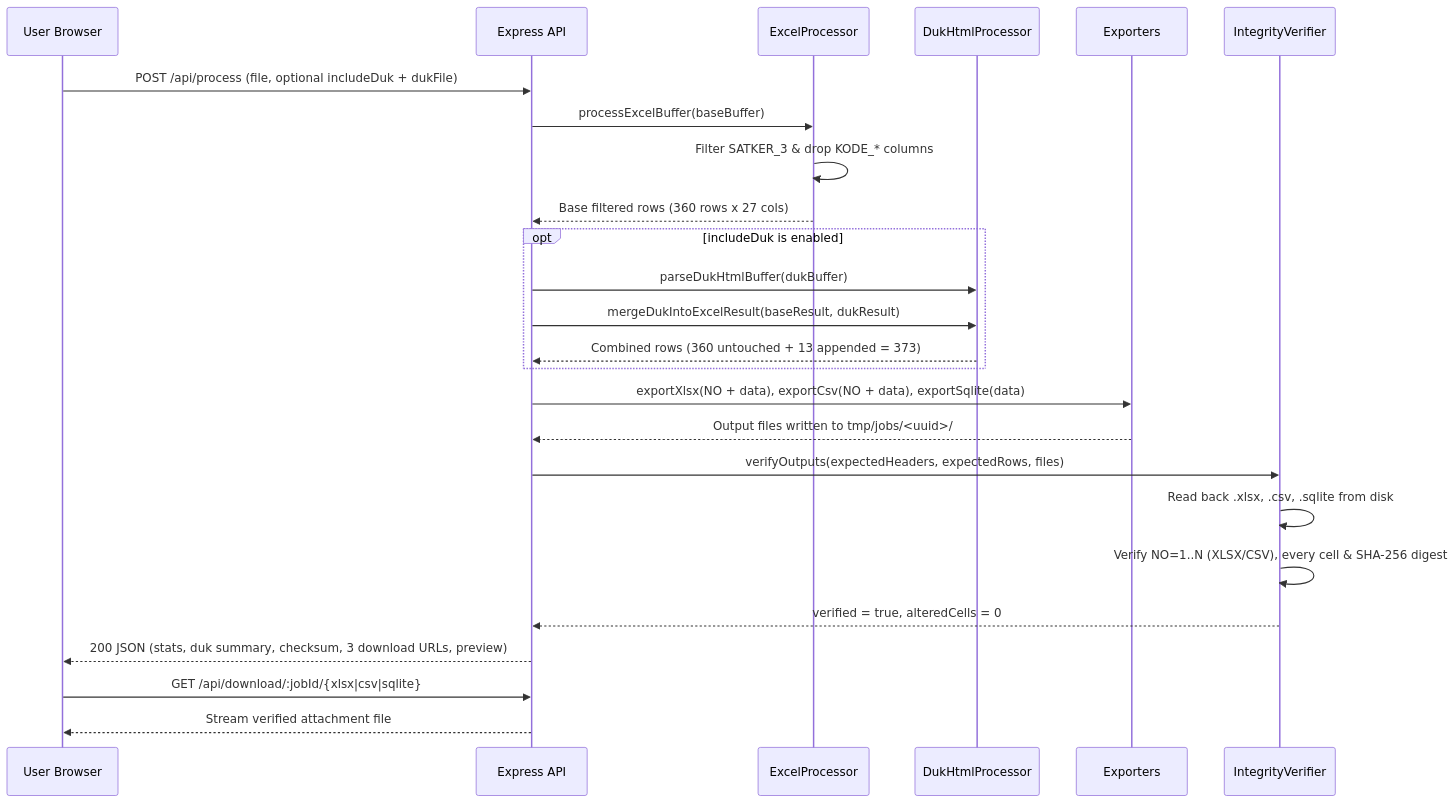
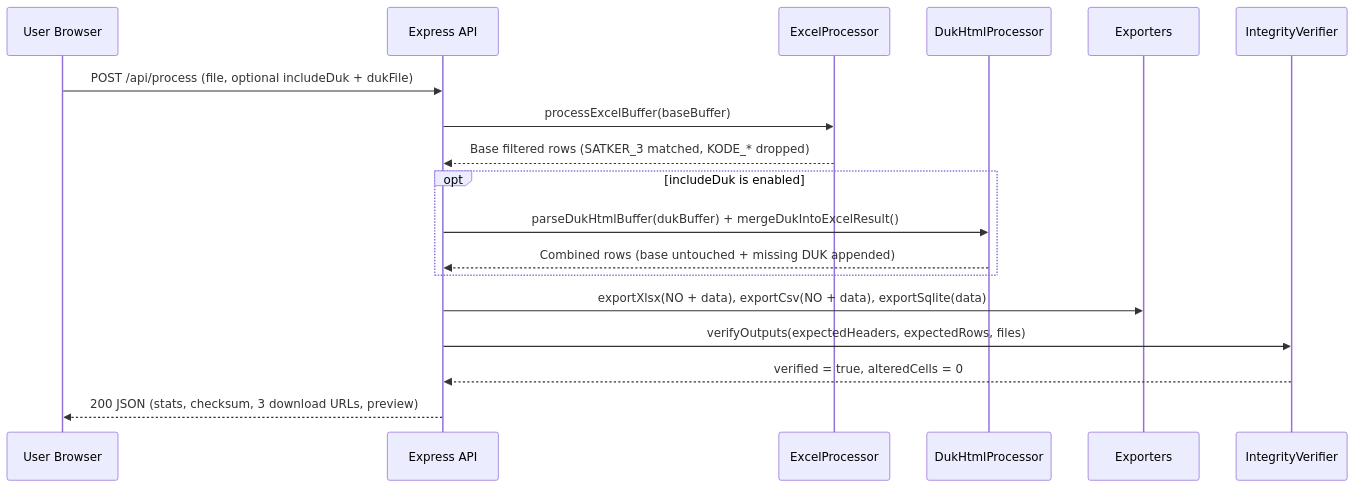
Before and after one commit to emenace/kmngfilterdata-metro: the third of 3 diagrams in docs/ARCHITECTURE.md, drawn with Mermaid. The commit also changed other lines of this file and 21 other files, not shown here.

````diff
--- a/docs/ARCHITECTURE.md
+++ b/docs/ARCHITECTURE.md
@@ -50,28 +81,21 @@
 ```mermaid
 sequenceDiagram
     participant U as User Browser
     participant A as Express API
     participant P as ExcelProcessor
     participant D as DukHtmlProcessor
     participant E as Exporters
     participant V as IntegrityVerifier
 
     U->>A: POST /api/process (file, optional includeDuk + dukFile)
     A->>P: processExcelBuffer(baseBuffer)
-    P->>P: Filter SATKER_3 & drop KODE_* columns
-    P-->>A: Base filtered rows (360 rows x 27 cols)
+    P-->>A: Base filtered rows (SATKER_3 matched, KODE_* dropped)
     opt includeDuk is enabled
-        A->>D: parseDukHtmlBuffer(dukBuffer)
-        A->>D: mergeDukIntoExcelResult(baseResult, dukResult)
-        D-->>A: Combined rows (360 untouched + 13 appended = 373)
+        A->>D: parseDukHtmlBuffer(dukBuffer) + mergeDukIntoExcelResult()
+        D-->>A: Combined rows (base untouched + missing DUK appended)
     end
     A->>E: exportXlsx(NO + data), exportCsv(NO + data), exportSqlite(data)
-    E-->>A: Output files written to tmp/jobs/<uuid>/
     A->>V: verifyOutputs(expectedHeaders, expectedRows, files)
-    V->>V: Read back .xlsx, .csv, .sqlite from disk
-    V->>V: Verify NO=1..N (XLSX/CSV), every cell & SHA-256 digest
     V-->>A: verified = true, alteredCells = 0
-    A-->>U: 200 JSON (stats, duk summary, checksum, 3 download URLs, preview)
-    U->>A: GET /api/download/:jobId/{xlsx|csv|sqlite}
-    A-->>U: Stream verified attachment file
+    A-->>U: 200 JSON (stats, checksum, 3 download URLs, preview)
 ```
````
